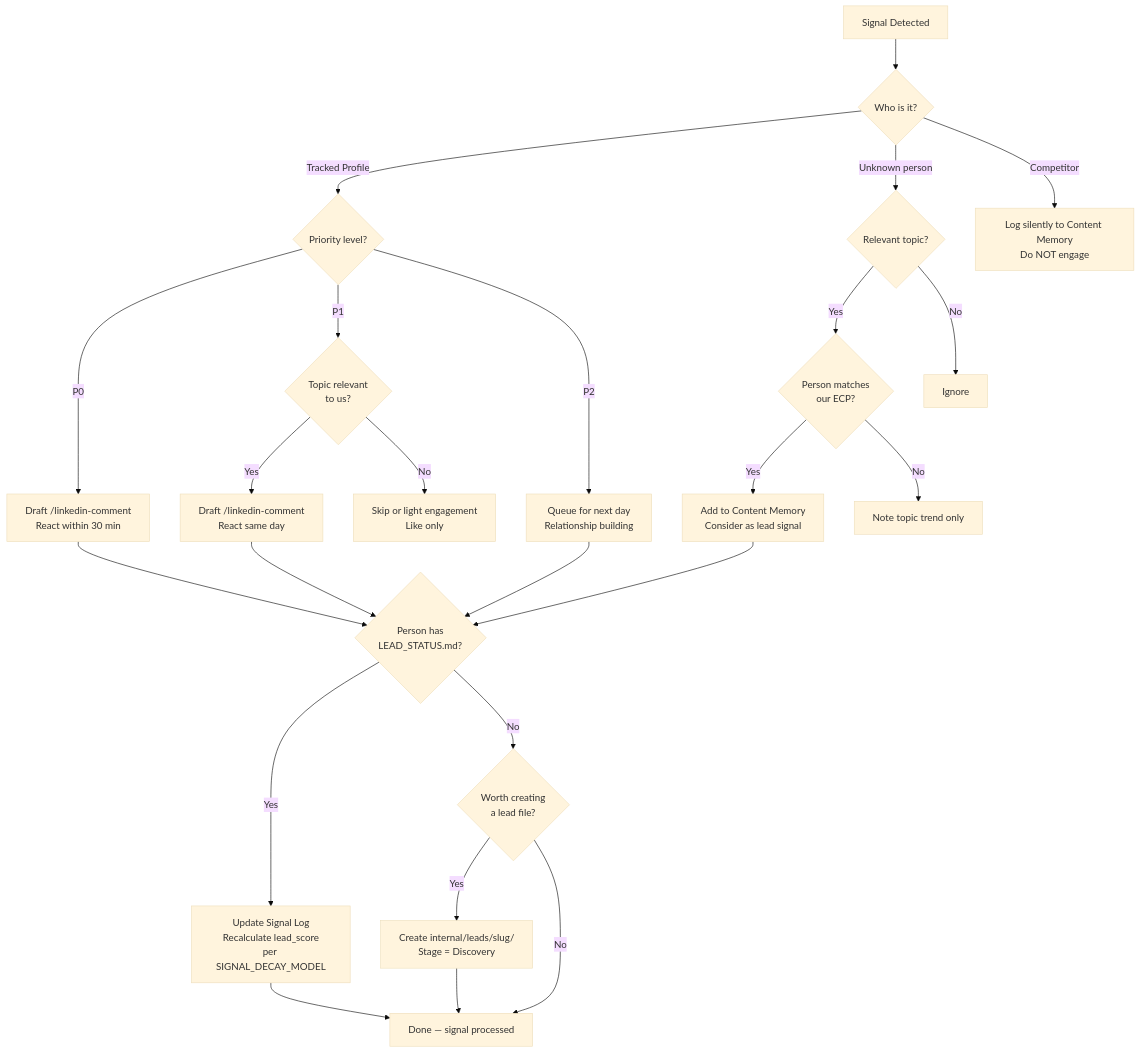
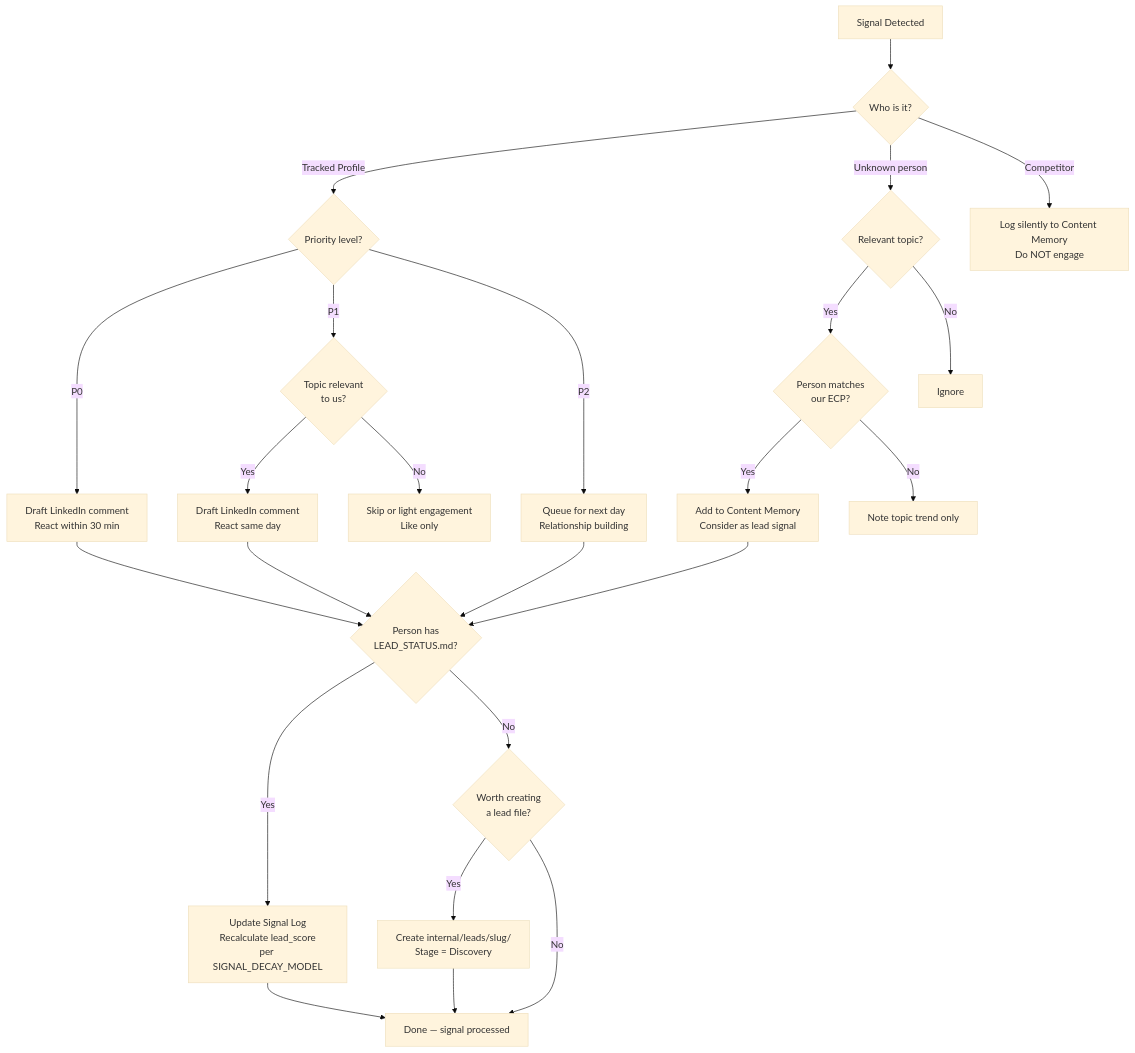
One commit to arcanianHQ/arcanian-os changed the diagram in core/sops/decision-trees/signal-routing.md. Above: the diagram before and after it, drawn with Mermaid (base theme). The commit also changed other lines of this file and 24 other files, not shown here.

````diff
--- a/core/sops/decision-trees/signal-routing.md
+++ b/core/sops/decision-trees/signal-routing.md
@@ -12,35 +12,35 @@
 ```mermaid
 graph TD
     A[Signal Detected] --> B{Who is it?}
     
     B -->|Tracked Profile| C{Priority level?}
     B -->|Unknown person| D{Relevant topic?}
     B -->|Competitor| E[Log silently to Content Memory<br/>Do NOT engage]
     
-    C -->|P0| F[Draft /linkedin-comment<br/>React within 30 min]
+    C -->|P0| F[Draft LinkedIn comment<br/>React within 30 min]
     C -->|P1| G{Topic relevant<br/>to us?}
     C -->|P2| H[Queue for next day<br/>Relationship building]
     
-    G -->|Yes| I[Draft /linkedin-comment<br/>React same day]
+    G -->|Yes| I[Draft LinkedIn comment<br/>React same day]
     G -->|No| J[Skip or light engagement<br/>Like only]
     
     D -->|Yes| K{Person matches<br/>our ECP?}
     D -->|No| L[Ignore]
     
     K -->|Yes| M[Add to Content Memory<br/>Consider as lead signal]
     K -->|No| N[Note topic trend only]
     
     F --> O{Person has<br/>LEAD_STATUS.md?}
     I --> O
     H --> O
     M --> O
     
     O -->|Yes| P[Update Signal Log<br/>Recalculate lead_score<br/>per SIGNAL_DECAY_MODEL]
     O -->|No| Q{Worth creating<br/>a lead file?}
     
     Q -->|Yes| R[Create internal/leads/slug/<br/>Stage = Discovery]
     Q -->|No| S[Done — signal processed]
     
     P --> S
     R --> S
 ```
````
